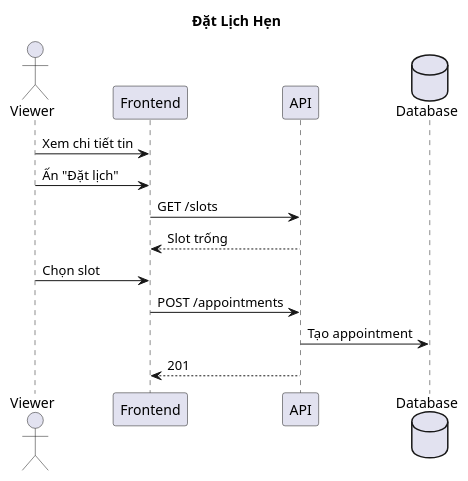
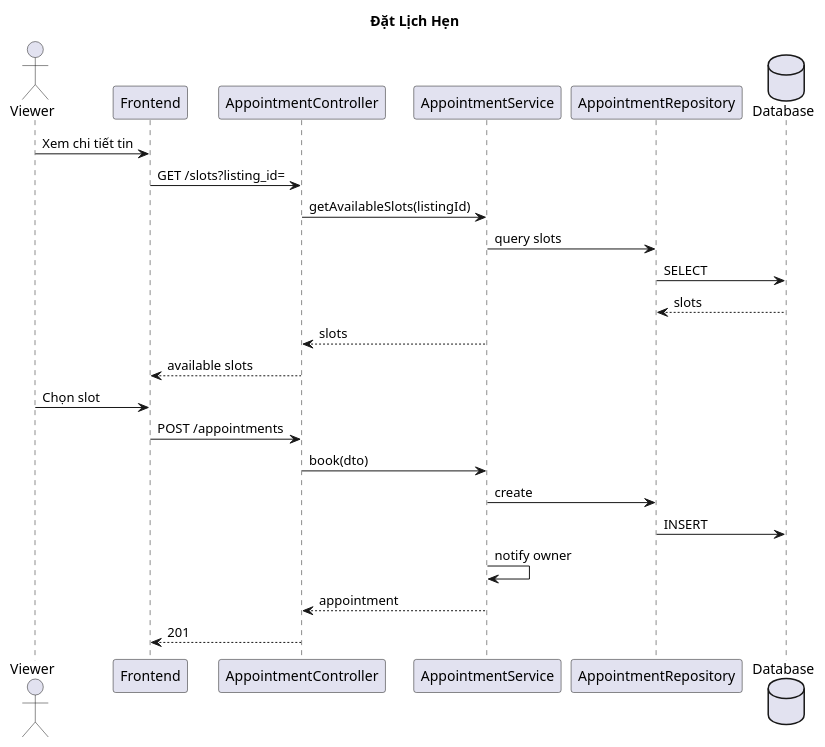
Before and after one commit to BuiThaiBao/Propify: the diagram in docs/sequence-diagram-dat-lich-hen.md, drawn with PlantUML. The commit also changed other lines of this file and 11 other files, not shown here.

Commit message:
feat: update sequence diagrams to reflect 3-layer architecture and detailed interactions

````diff
--- a/docs/sequence-diagram-dat-lich-hen.md
+++ b/docs/sequence-diagram-dat-lich-hen.md
@@ -3,19 +3,29 @@
 ```plantuml
 @startuml
 title Đặt Lịch Hẹn
 
 actor "Viewer" as Viewer
 participant "Frontend" as FE
-participant "API" as API
+participant "AppointmentController" as Controller
+participant "AppointmentService" as Service
+participant "AppointmentRepository" as Repo
 database "Database" as DB
 
 Viewer -> FE: Xem chi tiết tin
-Viewer -> FE: Ấn "Đặt lịch"
-FE -> API: GET /slots
-API --> FE: Slot trống
+FE -> Controller: GET /slots?listing_id=
+Controller -> Service: getAvailableSlots(listingId)
+Service -> Repo: query slots
+Repo -> DB: SELECT
+DB --> Repo: slots
+Service --> Controller: slots
+Controller --> FE: available slots
 Viewer -> FE: Chọn slot
-FE -> API: POST /appointments
-API -> DB: Tạo appointment
-API --> FE: 201
+FE -> Controller: POST /appointments
+Controller -> Service: book(dto)
+Service -> Repo: create
+Repo -> DB: INSERT
+Service -> Service: notify owner
+Service --> Controller: appointment
+Controller --> FE: 201
 @enduml
 ```
````
